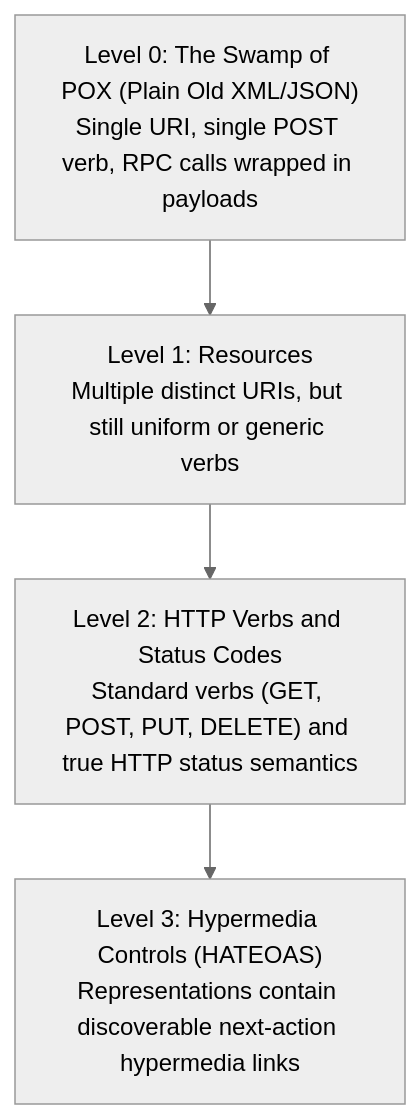
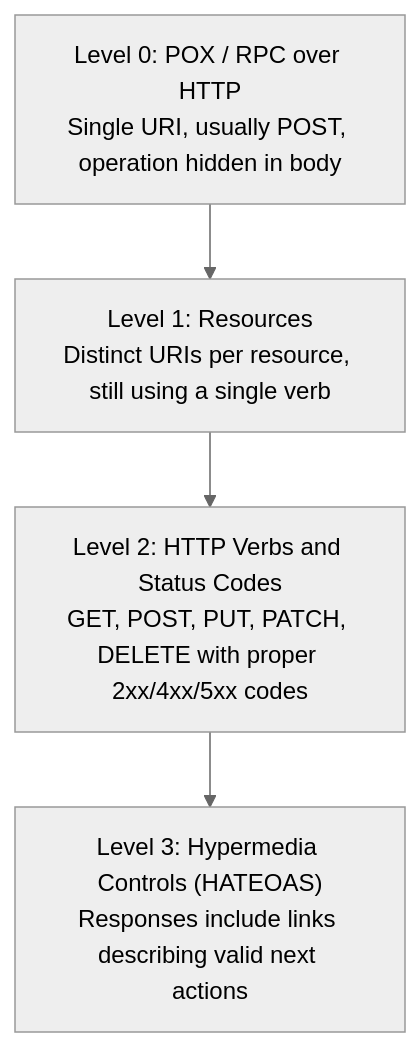
Before and after one commit to ravishankar2463/java_hub: the first of 2 diagrams in content/roadmap/level-8/building-restful-apis.md, drawn with Mermaid (neutral theme). The commit also changed other lines of this file and 119 other files, not shown here.

Commit message:
feat: add comprehensive java learning roadmap content across multiple levels

````diff
--- a/content/roadmap/level-8/building-restful-apis.md
+++ b/content/roadmap/level-8/building-restful-apis.md
@@ -20,15 +18,9 @@
 ```mermaid
 flowchart TD
-    L0["Level 0: The Swamp of POX (Plain Old XML/JSON)
-Single URI, single POST verb, RPC calls wrapped in payloads"]
-    L1["Level 1: Resources
-Multiple distinct URIs, but still uniform or generic verbs"]
-    L2["Level 2: HTTP Verbs and Status Codes
-Standard verbs (GET, POST, PUT, DELETE) and true HTTP status semantics"]
-    L3["Level 3: Hypermedia Controls (HATEOAS)
-Representations contain discoverable next-action hypermedia links"]
+    L0["Level 0: POX / RPC over HTTP<br/>Single URI, usually POST, operation hidden in body"]
+    L1["Level 1: Resources<br/>Distinct URIs per resource, still using a single verb"]
+    L2["Level 2: HTTP Verbs and Status Codes<br/>GET, POST, PUT, PATCH, DELETE with proper 2xx/4xx/5xx codes"]
+    L3["Level 3: Hypermedia Controls (HATEOAS)<br/>Responses include links describing valid next actions"]
 
-    L0 --> L1
-    L1 --> L2
-    L2 --> L3
+    L0 --> L1 --> L2 --> L3
 ```
````
